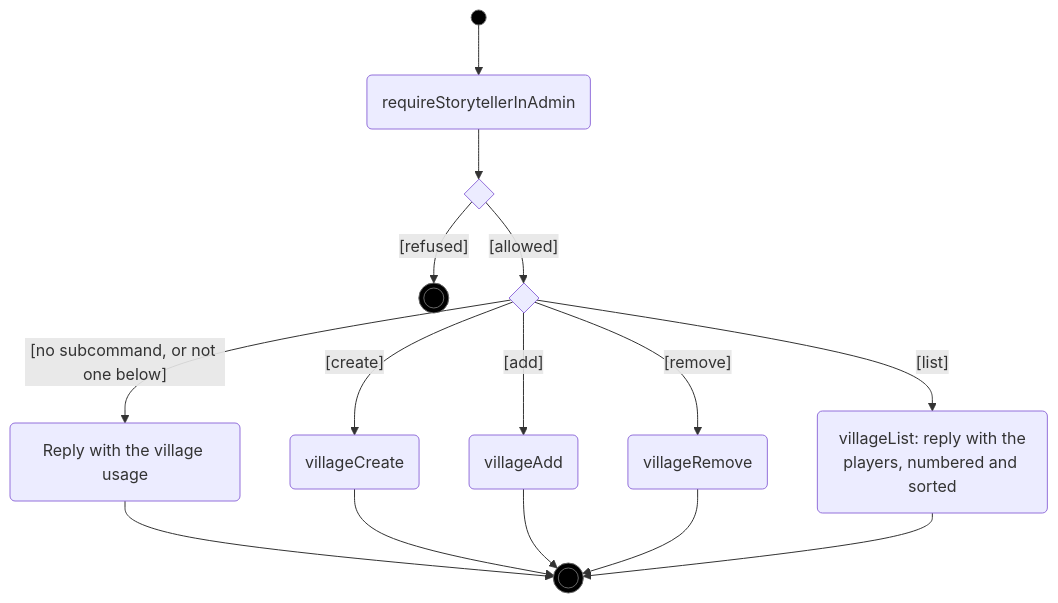
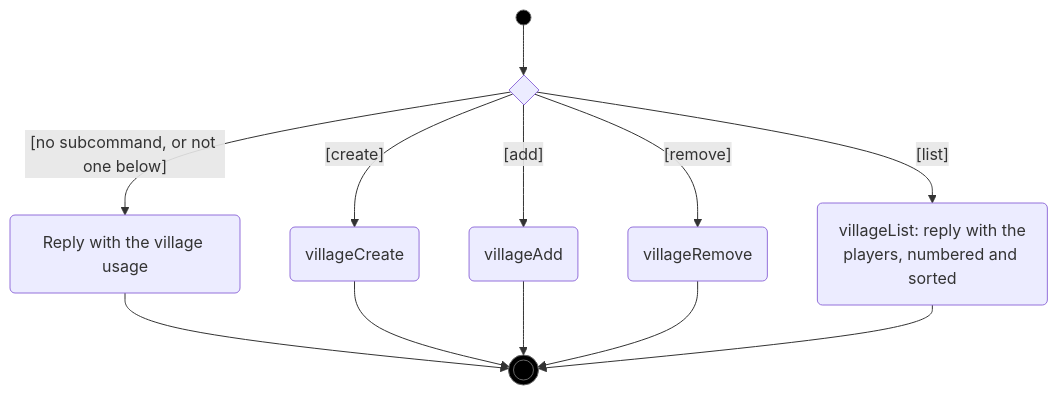
The first of 5 diagrams in docs/uml/village.md (RAGNOARAKNOS/BotOnTheClocktower), drawn with Mermaid before and after one commit. The commit also changed other lines of this file and 18 other files, not shown here.

````diff
--- a/docs/uml/village.md
+++ b/docs/uml/village.md
@@ -11,16 +11,13 @@
 ```mermaid
 flowchart TD
-    start((" ")):::initial --> guard("requireStorytellerInAdmin")
-    guard --> d1{" "}
-    d1 -->|"[refused]"| refused(((" "))):::final
-    d1 -->|"[allowed]"| d2{" "}
+    start((" ")):::initial --> d2{" "}
     d2 -->|"[no subcommand, or not one below]"| usage("Reply with the village usage")
     d2 -->|"[create]"| create("villageCreate")
     d2 -->|"[add]"| add("villageAdd")
     d2 -->|"[remove]"| remove("villageRemove")
     d2 -->|"[list]"| list("villageList: reply with the<br/>players, numbered and sorted")
     usage & create & add & remove & list --> done(((" "))):::final
 
     classDef initial fill:#000,stroke:#666
     classDef final fill:#000,stroke:#666
 ```
````
